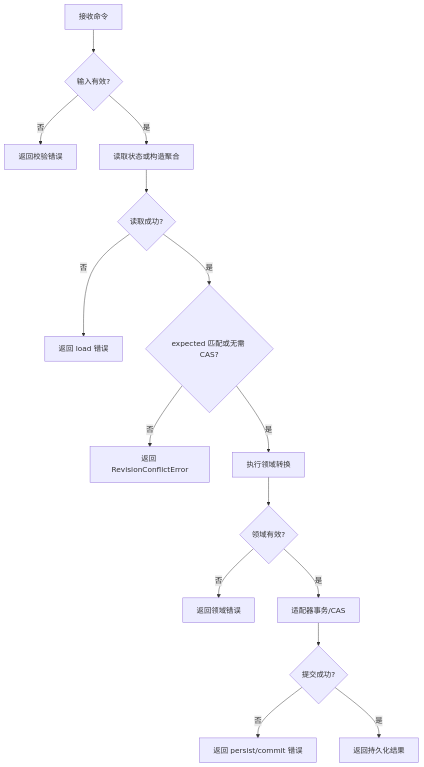
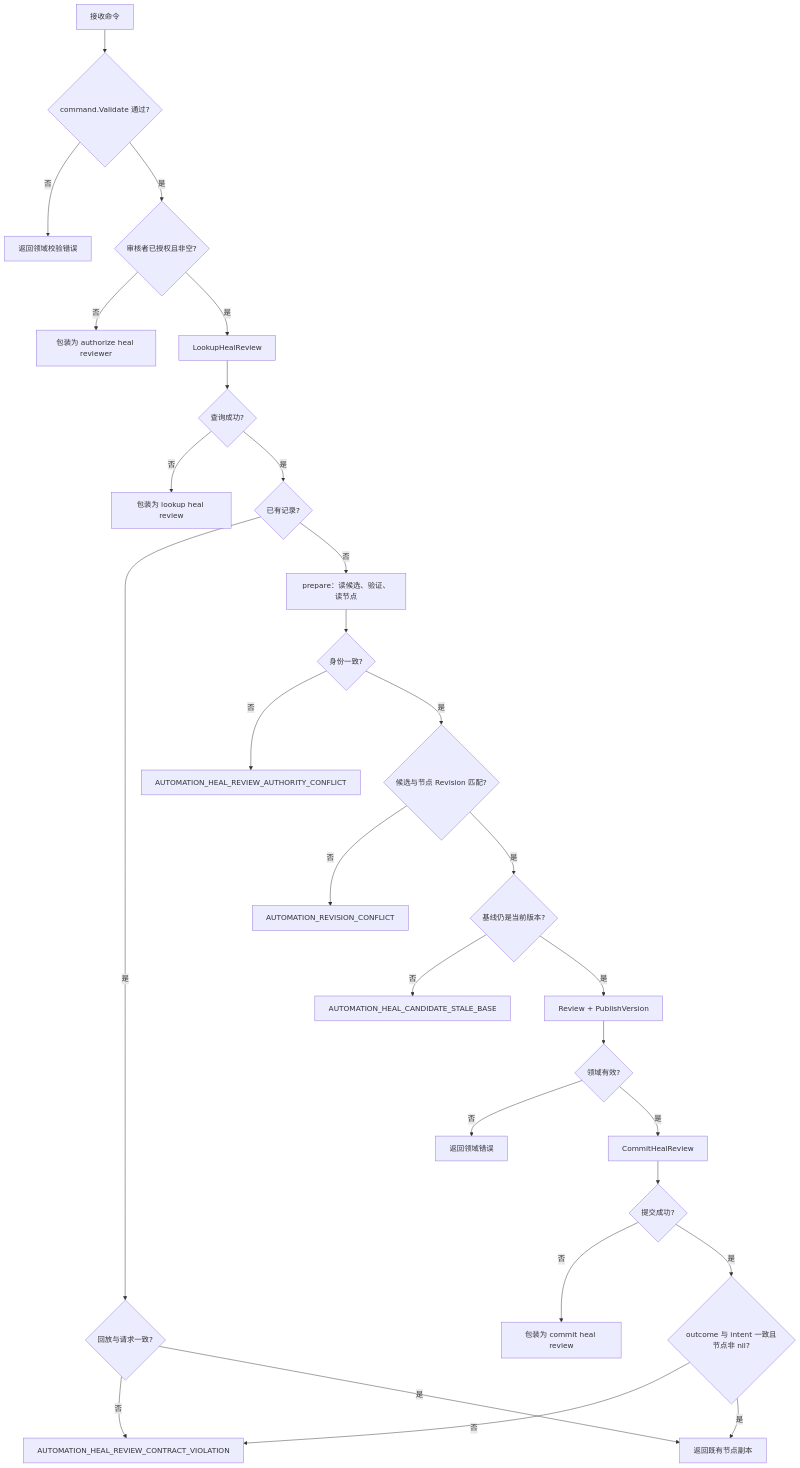
Before and after one commit to Capsule7446/healix-core: the second of 2 diagrams in docs/application/automation/approve-heal-candidate.md, drawn with Mermaid. The commit also changed other lines of this file and 380 other files, not shown here.

````diff
--- a/docs/application/automation/approve-heal-candidate.md
+++ b/docs/application/automation/approve-heal-candidate.md
@@ -61,17 +72,30 @@
 ```mermaid
 flowchart TD
-    I[接收命令] --> V{输入有效?}
-    V -- 否 --> E1[返回校验错误]
-    V -- 是 --> L[读取状态或构造聚合]
-    L --> LR{读取成功?}
-    LR -- 否 --> E2[返回 load 错误]
-    LR -- 是 --> C{expected 匹配或无需 CAS?}
-    C -- 否 --> E3[返回 RevisionConflictError]
-    C -- 是 --> T[执行领域转换]
+    I[接收命令] --> V{command.Validate 通过?}
+    V -- 否 --> E1[返回领域校验错误]
+    V -- 是 --> AU{审核者已授权且非空?}
+    AU -- 否 --> E2[包装为 authorize heal reviewer]
+    AU -- 是 --> L[LookupHealReview]
+    L --> LR{查询成功?}
+    LR -- 否 --> E3[包装为 lookup heal review]
+    LR -- 是 --> F{已有记录?}
+    F -- 是 --> C1{回放与请求一致?}
+    C1 -- 否 --> E4[AUTOMATION_HEAL_REVIEW_CONTRACT_VIOLATION]
+    C1 -- 是 --> O[返回既有节点副本]
+    F -- 否 --> P[prepare：读候选、验证、读节点]
+    P --> P1{身份一致?}
+    P1 -- 否 --> E5[AUTOMATION_HEAL_REVIEW_AUTHORITY_CONFLICT]
+    P1 -- 是 --> P2{候选与节点 Revision 匹配?}
+    P2 -- 否 --> E6[AUTOMATION_REVISION_CONFLICT]
+    P2 -- 是 --> P3{基线仍是当前版本?}
+    P3 -- 否 --> E7[AUTOMATION_HEAL_CANDIDATE_STALE_BASE]
+    P3 -- 是 --> T[Review + PublishVersion]
     T --> TV{领域有效?}
-    TV -- 否 --> E4[返回领域错误]
-    TV -- 是 --> P[适配器事务/CAS]
-    P --> PS{提交成功?}
-    PS -- 否 --> E5[返回 persist/commit 错误]
-    PS -- 是 --> O[返回持久化结果]
+    TV -- 否 --> E8[返回领域错误]
+    TV -- 是 --> CM[CommitHealReview]
+    CM --> CS{提交成功?}
+    CS -- 否 --> E9[包装为 commit heal review]
+    CS -- 是 --> C2{outcome 与 intent 一致且节点非 nil?}
+    C2 -- 否 --> E4
+    C2 -- 是 --> O
 ```
````
